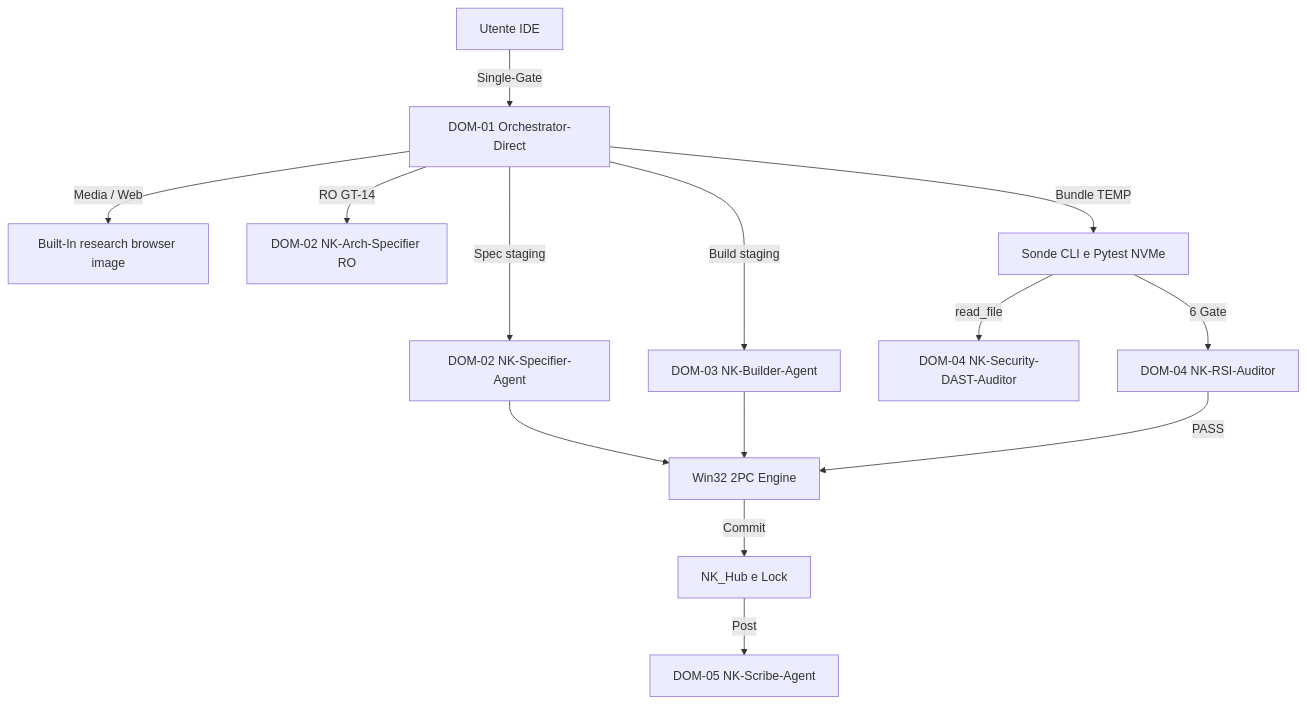
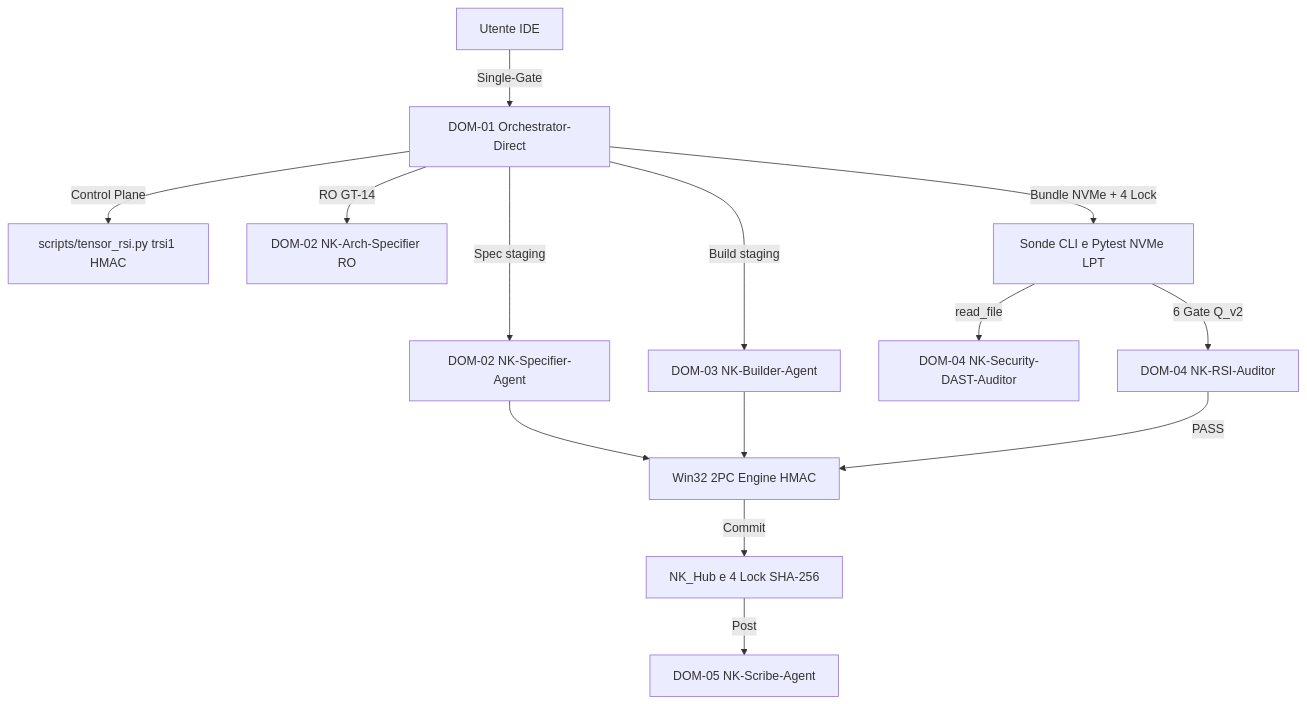
One commit to erbaldo86/NK-Hub changed the diagram in nk_genome/concept_map.md. Above: the diagram before and after it, drawn with Mermaid. The commit also changed other lines of this file and 401 other files, not shown here.

Commit message:
feat(release): NK Hub Generation v3.0.2-Generation (Tensor-RSI v3, Handoff V2, NVMe Pyramid, Forensic Hardening & GitHub Showcase)

````diff
--- a/nk_genome/concept_map.md
+++ b/nk_genome/concept_map.md
@@ -17,16 +17,16 @@
 ```mermaid
 flowchart TD
     USR["Utente IDE"] -->|"Single-Gate"| ORCH["DOM-01 Orchestrator-Direct"]
-    ORCH -->|"Media / Web"| BI["Built-In research browser image"]
+    ORCH -->|"Control Plane"| TRSI["scripts/tensor_rsi.py trsi1 HMAC"]
     ORCH -->|"RO GT-14"| ASPEC["DOM-02 NK-Arch-Specifier RO"]
     ORCH -->|"Spec staging"| WSPEC["DOM-02 NK-Specifier-Agent"]
     ORCH -->|"Build staging"| BLD["DOM-03 NK-Builder-Agent"]
-    ORCH -->|"Bundle TEMP"| CLI["Sonde CLI e Pytest NVMe"]
+    ORCH -->|"Bundle NVMe + 4 Lock"| CLI["Sonde CLI e Pytest NVMe LPT"]
     CLI -->|"read_file"| SEC["DOM-04 NK-Security-DAST-Auditor"]
-    CLI -->|"6 Gate"| RSI["DOM-04 NK-RSI-Auditor"]
-    RSI -->|"PASS"| TPC["Win32 2PC Engine"]
+    CLI -->|"6 Gate Q_v2"| RSI["DOM-04 NK-RSI-Auditor"]
+    RSI -->|"PASS"| TPC["Win32 2PC Engine HMAC"]
     BLD --> TPC
     WSPEC --> TPC
-    TPC -->|"Commit"| PROD["NK_Hub e Lock"]
+    TPC -->|"Commit"| PROD["NK_Hub e 4 Lock SHA-256"]
     PROD -->|"Post"| SCR["DOM-05 NK-Scribe-Agent"]
 ```
````
